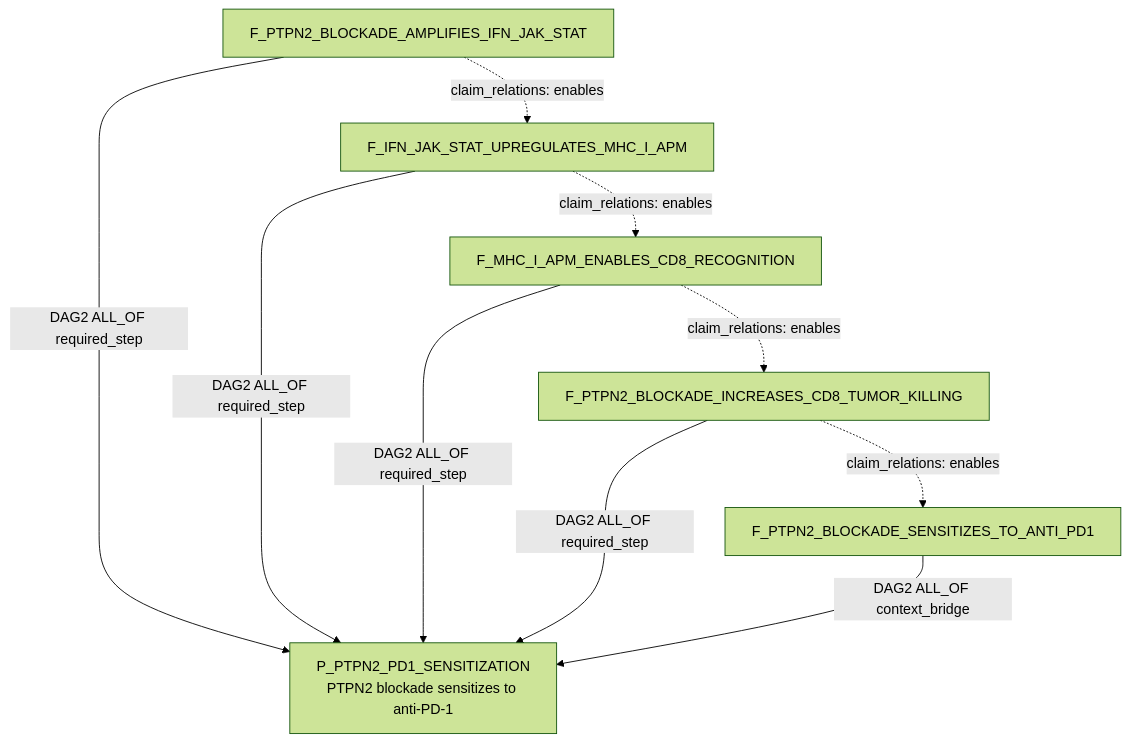
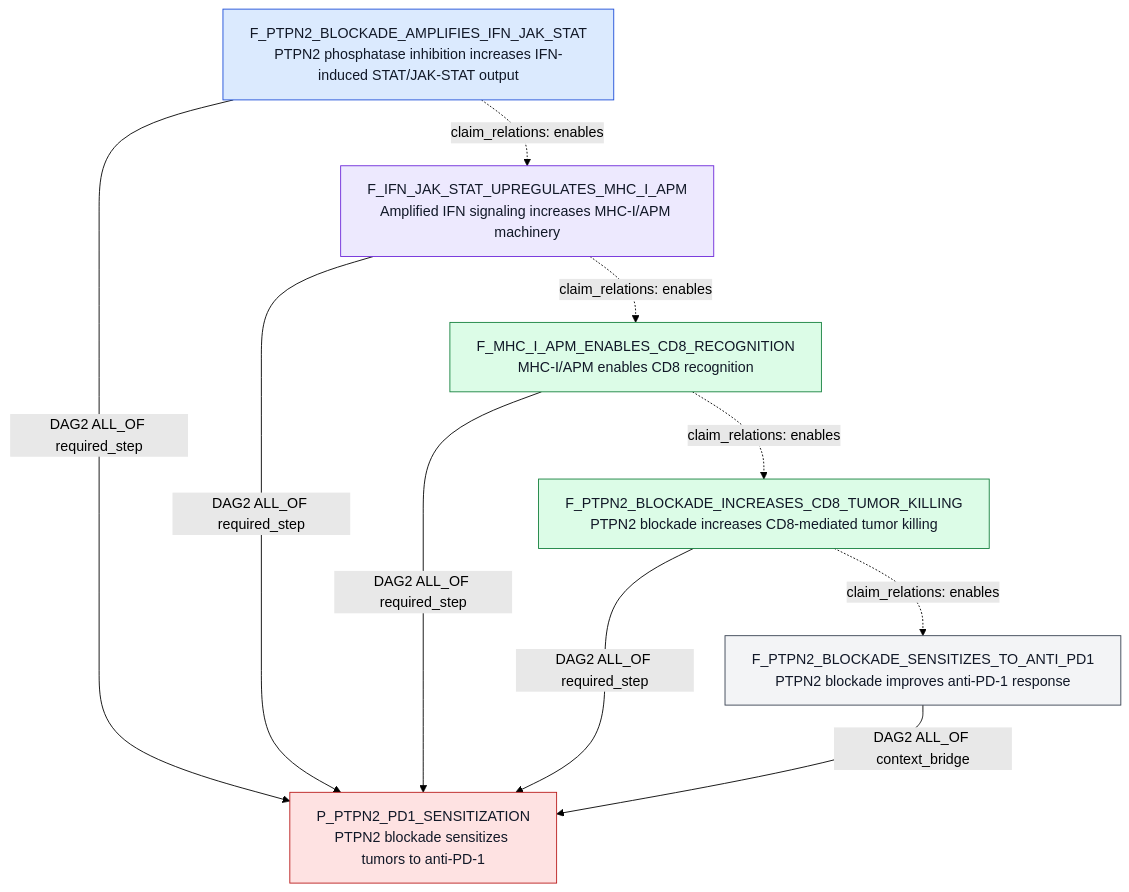
One commit to eliannaqk/bioKG changed the third of 4 diagrams in FOCUSED_DAG2_CLAIM_RELATION_EXAMPLES_20260604.md. Above: the diagram before and after it, drawn with Mermaid (forest theme). The commit also changed other lines of this file, not shown here.

````diff
--- a/FOCUSED_DAG2_CLAIM_RELATION_EXAMPLES_20260604.md
+++ b/FOCUSED_DAG2_CLAIM_RELATION_EXAMPLES_20260604.md
@@ -325,20 +388,31 @@
 ```mermaid
 flowchart TD
-  P["P_PTPN2_PD1_SENSITIZATION<br/>PTPN2 blockade sensitizes to anti-PD-1"]
-  JAK["F_PTPN2_BLOCKADE_AMPLIFIES_IFN_JAK_STAT"]
-  MHC["F_IFN_JAK_STAT_UPREGULATES_MHC_I_APM"]
-  CD8REC["F_MHC_I_APM_ENABLES_CD8_RECOGNITION"]
-  CD8KILL["F_PTPN2_BLOCKADE_INCREASES_CD8_TUMOR_KILLING"]
-  PD1["F_PTPN2_BLOCKADE_SENSITIZES_TO_ANTI_PD1"]
+  P["P_PTPN2_PD1_SENSITIZATION<br/>PTPN2 blockade sensitizes tumors to anti-PD-1"]
+  JAK["F_PTPN2_BLOCKADE_AMPLIFIES_IFN_JAK_STAT<br/>PTPN2 phosphatase inhibition increases IFN-induced STAT/JAK-STAT output"]
+  MHC["F_IFN_JAK_STAT_UPREGULATES_MHC_I_APM<br/>Amplified IFN signaling increases MHC-I/APM machinery"]
+  CD8REC["F_MHC_I_APM_ENABLES_CD8_RECOGNITION<br/>MHC-I/APM enables CD8 recognition"]
+  CD8KILL["F_PTPN2_BLOCKADE_INCREASES_CD8_TUMOR_KILLING<br/>PTPN2 blockade increases CD8-mediated tumor killing"]
+  PD1["F_PTPN2_BLOCKADE_SENSITIZES_TO_ANTI_PD1<br/>PTPN2 blockade improves anti-PD-1 response"]
 
   JAK -- "DAG2 ALL_OF required_step" --> P
   MHC -- "DAG2 ALL_OF required_step" --> P
   CD8REC -- "DAG2 ALL_OF required_step" --> P
   CD8KILL -- "DAG2 ALL_OF required_step" --> P
   PD1 -- "DAG2 ALL_OF context_bridge" --> P
 
   JAK -. "claim_relations: enables" .-> MHC
   MHC -. "claim_relations: enables" .-> CD8REC
   CD8REC -. "claim_relations: enables" .-> CD8KILL
   CD8KILL -. "claim_relations: enables" .-> PD1
+
+  classDef parent fill:#fee2e2,stroke:#b91c1c,color:#111827;
+  classDef proximal fill:#dbeafe,stroke:#1d4ed8,color:#111827;
+  classDef visibility fill:#ede9fe,stroke:#6d28d9,color:#111827;
+  classDef cd8 fill:#dcfce7,stroke:#15803d,color:#111827;
+  classDef endpoint fill:#f3f4f6,stroke:#374151,color:#111827;
+  class P parent;
+  class JAK proximal;
+  class MHC visibility;
+  class CD8REC,CD8KILL cd8;
+  class PD1 endpoint;
 ```
````
